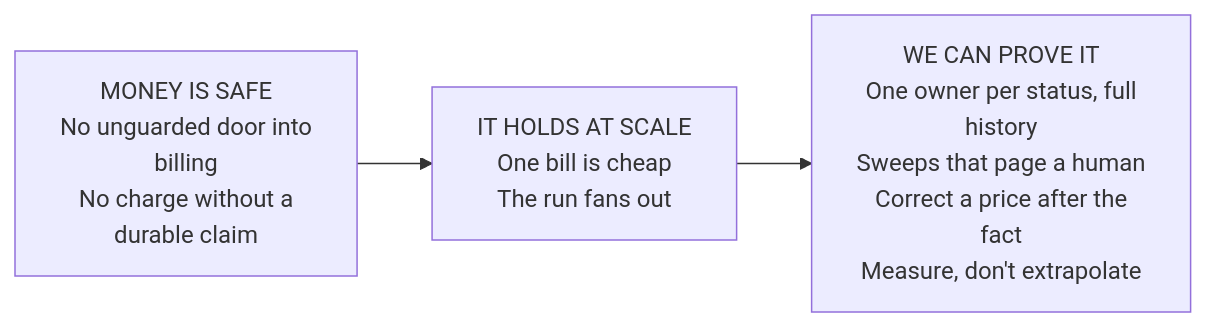
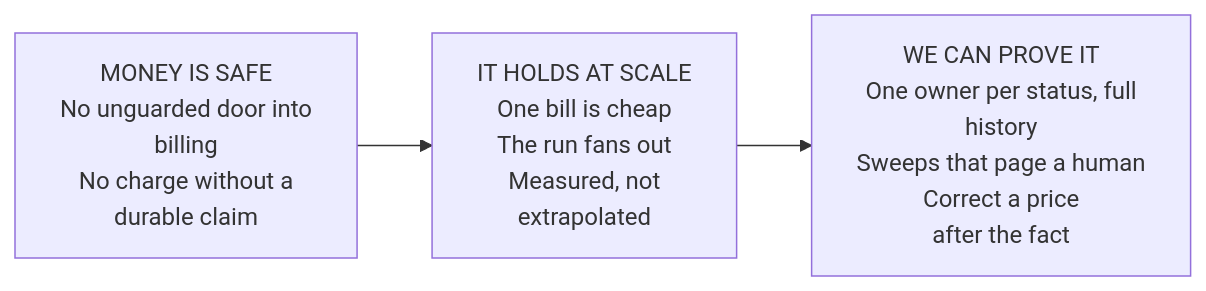
Before and after one commit to saurabh6790/v2-billing-specs: the diagram in diagrams/overview.mmd, drawn with Mermaid. The commit also changed 16 other files, not shown here.

```diff
--- a/diagrams/overview.mmd
+++ b/diagrams/overview.mmd
@@ -1,20 +1,21 @@
 flowchart LR
     S["`MONEY IS SAFE
 
 No unguarded door into
 billing
 No charge without a
 durable claim`"]
     C["`IT HOLDS AT SCALE
 
 One bill is cheap
-The run fans out`"]
+The run fans out
+Measured, not
+extrapolated`"]
     T["`WE CAN PROVE IT
 
 One owner per status, full
 history
 Sweeps that page a human
-Correct a price after the
-fact
-Measure, don't extrapolate`"]
+Correct a price
+after the fact`"]
     S --> C --> T
```
